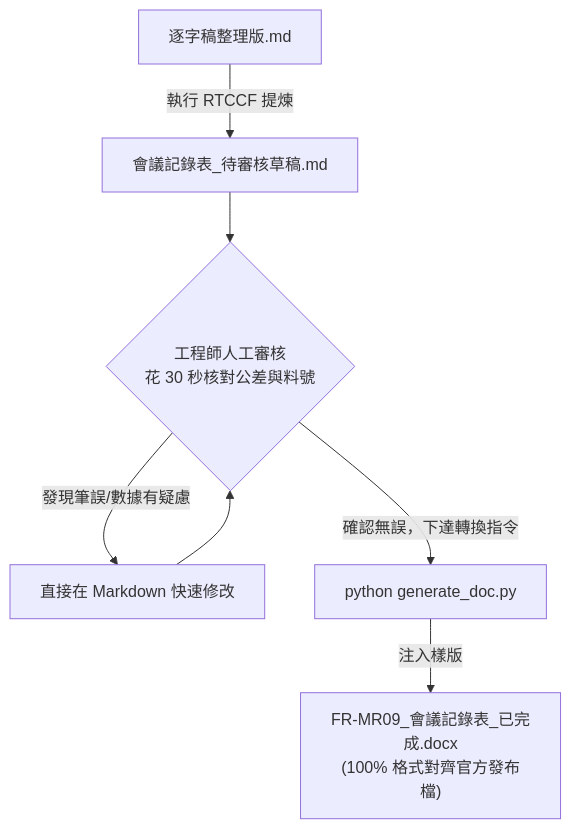
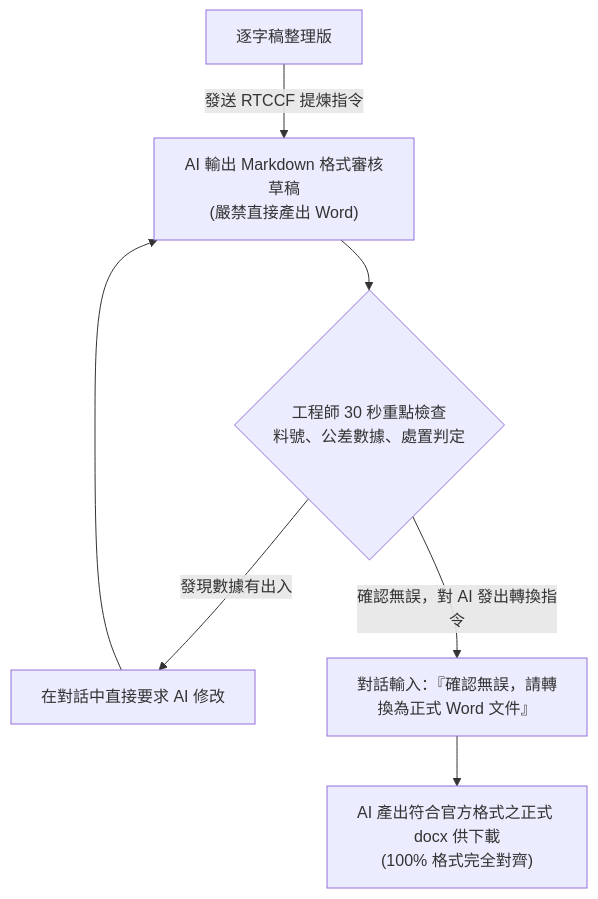
One commit to roberthsu2003/workflow-productivity changed the diagram in 常見的AI應用/實戰範例/SQE品保會議與表單自動化/README.md. Above: the diagram before and after it, drawn with Mermaid. The commit also changed other lines of this file and 2 other files, not shown here.

````diff
--- a/常見的AI應用/實戰範例/SQE品保會議與表單自動化/README.md
+++ b/常見的AI應用/實戰範例/SQE品保會議與表單自動化/README.md
@@ -149,9 +99,9 @@
 ```mermaid
 flowchart TD
-    Raw["逐字稿整理版.md"] -->|執行 RTCCF 提煉| Draft["會議記錄表_待審核草稿.md"]
-    Draft --> Check{"工程師人工審核<br/>花 30 秒核對公差與料號"}
-    Check -->|發現筆誤/數據有疑慮| Edit["直接在 Markdown 快速修改"]
-    Edit --> Check
-    Check -->|確認無誤，下達轉換指令| RunCmd["python generate_doc.py"]
-    RunCmd -->|注入樣版| FinalDocx["FR-MR09_會議記錄表_已完成.docx<br/>(100% 格式對齊官方發布檔)"]
+    Step1["逐字稿整理版"] -->|發送 RTCCF 提煉指令| Step2["AI 輸出 Markdown 格式審核草稿<br/>(嚴禁直接產出 Word)"]
+    Step2 --> Step3{"工程師 30 秒重點檢查<br/>料號、公差數據、處置判定"}
+    Step3 -->|發現數據有出入| Step4["在對話中直接要求 AI 修改"]
+    Step4 --> Step2
+    Step3 -->|確認無誤，對 AI 發出轉換指令| Step5["對話輸入：『確認無誤，請轉換為正式 Word 文件』"]
+    Step5 --> Step6["AI 產出符合官方格式之正式 docx 供下載<br/>(100% 格式完全對齊)"]
 ```
````
